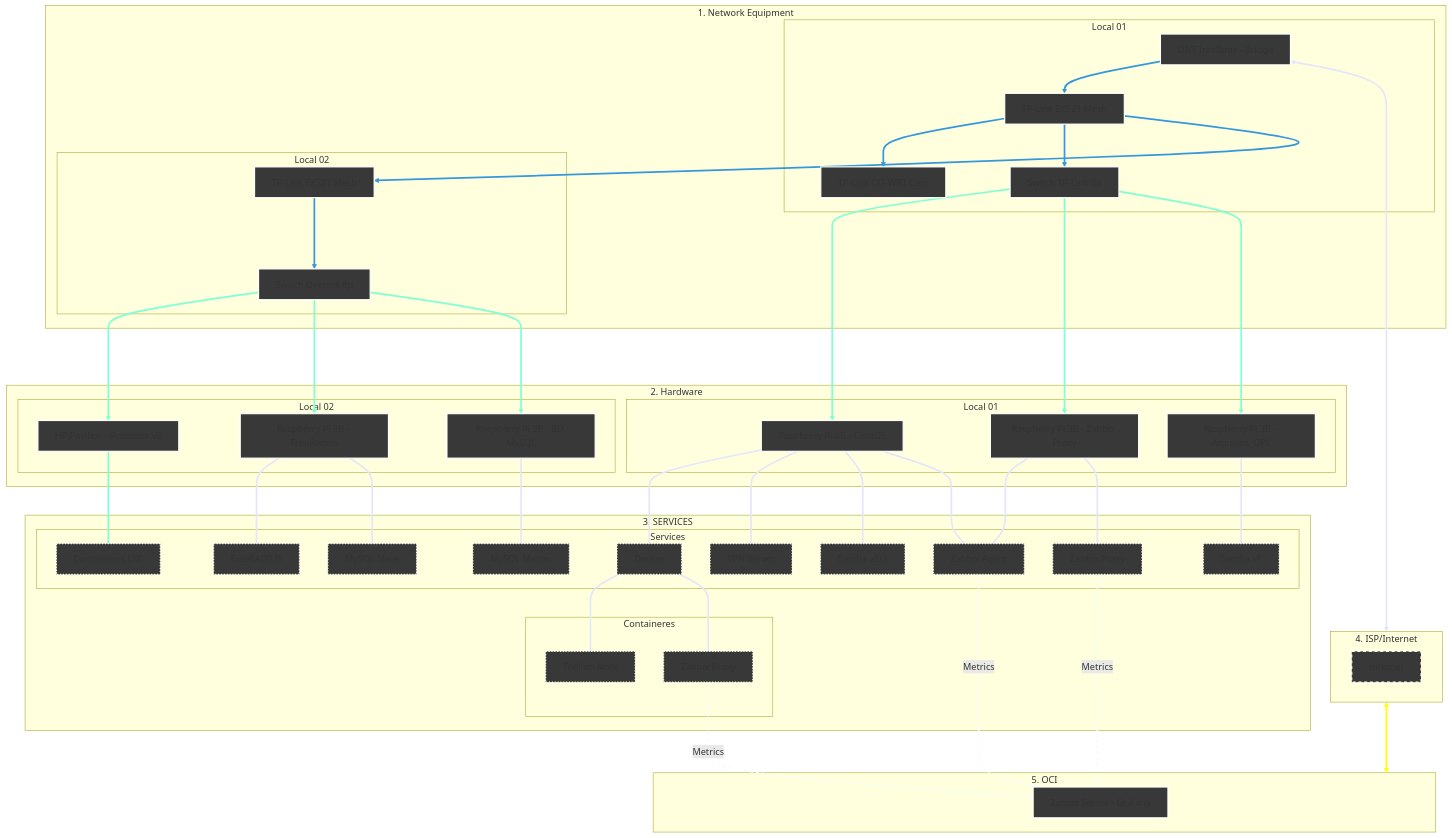
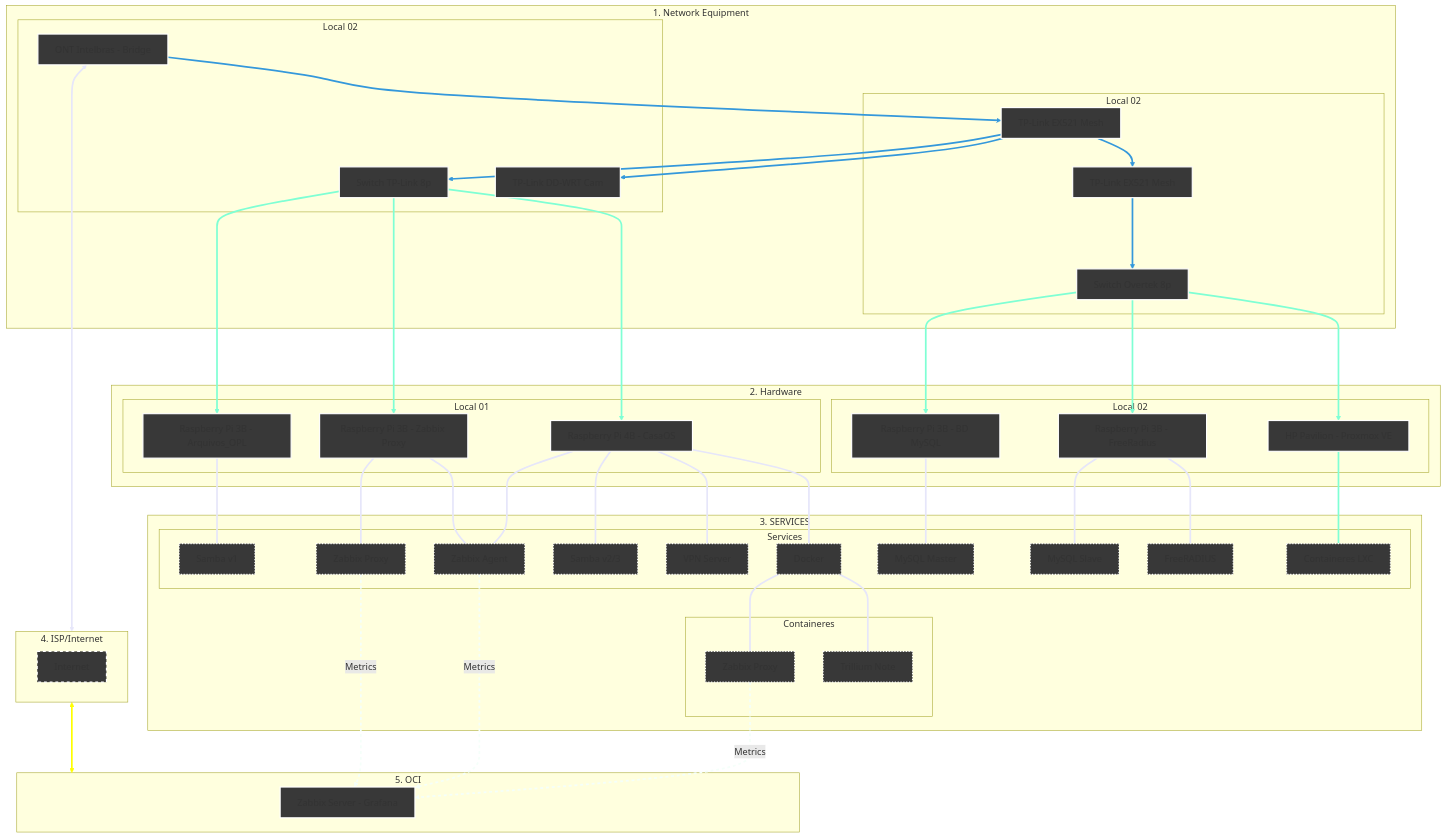
The diagram in Infrastructure/README.md (kevindexter22/Dr-Hardware-Autonet), drawn with Mermaid before and after one commit.

Commit message:
Refactor network equipment subgraphs in README
Updated network equipment subgraphs for clarity.

```diff
--- a/Infrastructure/README.md
+++ b/Infrastructure/README.md
@@ -21,14 +21,14 @@
 
     %% 1. NETWORK EQUIPMENT
     subgraph Principal["1. Network Equipment"]
-    subgraph S1 [Local 01]
+    subgraph S1 [Local 02]
+        R_Mesh1 --> R_Mesh2[TP-Link EX521 Mesh]:::network
+        R_Mesh2 ---> SW2[Switch Overtek 8p]:::network  
+    end
+    subgraph S2 [Local 02]
         ONT[ONT Intelbras - Bridge]:::network --> R_Mesh1[TP-Link EX521 Mesh]:::network
         R_Mesh1 --> R_Cams[TP-Link DD-WRT Cam]:::network 
-        R_Mesh1 --> SW1[Switch TP-Link 8p]:::network  
-    end
-    subgraph S2 [Local 02]
-        R_Mesh1 --> R_Mesh2[TP-Link EX521 Mesh]:::network
-        R_Mesh2 ---> SW2[Switch Overtek 8p]:::network
+        R_Mesh1 --> SW1[Switch TP-Link 8p]:::network
     end
     end
     
```
